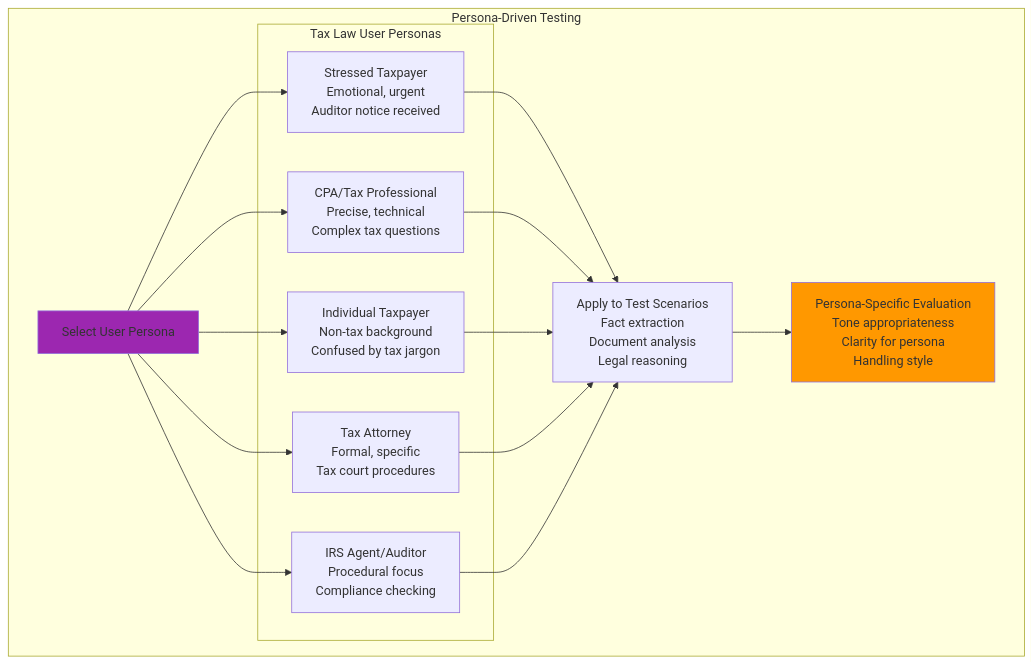
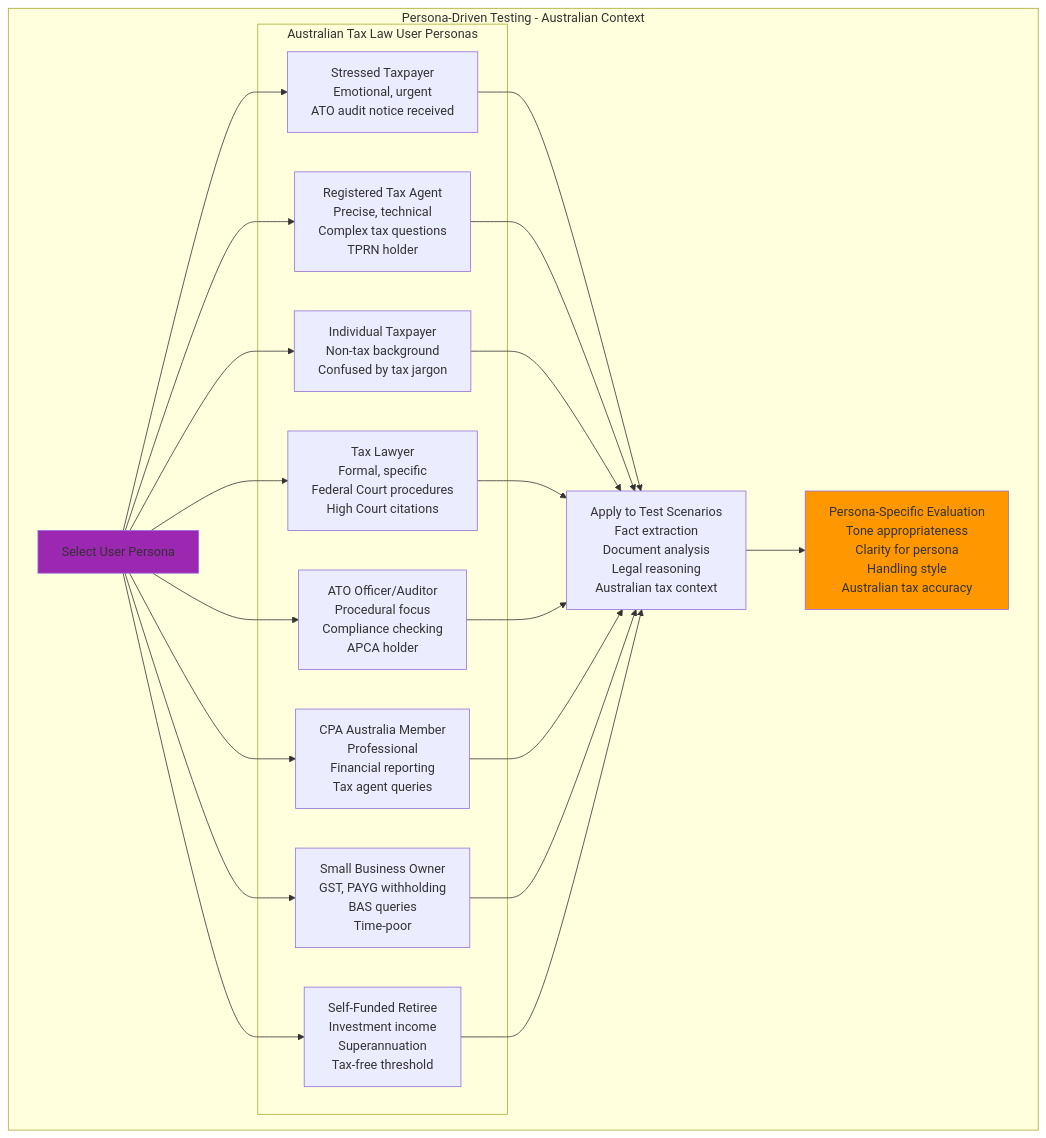
One commit to anguyenbus/case_chat changed the eighth of 9 diagrams in case_assistant/system_design/05-evaluation-strategy.md. Above: the diagram before and after it, drawn with Mermaid. The commit also changed other lines of this file, not shown here.

Commit message:
[design] fix evaluation

````diff
--- a/case_assistant/system_design/05-evaluation-strategy.md
+++ b/case_assistant/system_design/05-evaluation-strategy.md
@@ -375,35 +614,44 @@
 ```mermaid
 graph TB
-    subgraph "Persona-Driven Testing"
+    subgraph "Persona-Driven Testing - Australian Context"
         PERSONA[Select User Persona]
 
-        subgraph "Tax Law User Personas"
-            STRESS[Stressed Taxpayer<br>Emotional, urgent<br>Auditor notice received]
-            CPA[CPA/Tax Professional<br>Precise, technical<br>Complex tax questions]
-            INDIV[Individual Taxpayer<br>Non-tax background<br>Confused by tax jargon]
-            ATTORNEY[Tax Attorney<br>Formal, specific<br>Tax court procedures]
-            IRS_AGENT[IRS Agent/Auditor<br>Procedural focus<br>Compliance checking]
+        subgraph "Australian Tax Law User Personas"
+            STRESS[Stressed Taxpayer<br/>Emotional, urgent<br/>ATO audit notice received]
+            TAX_AGENT[Registered Tax Agent<br/>Precise, technical<br/>Complex tax questions<br/>TPRN holder]
+            INDIV[Individual Taxpayer<br/>Non-tax background<br/>Confused by tax jargon]
+            LAWYER[Tax Lawyer<br/>Formal, specific<br/>Federal Court procedures<br/>High Court citations]
+            ATO_OFFICER[ATO Officer/Auditor<br/>Procedural focus<br/>Compliance checking<br/>APCA holder]
+            CPA[CPA Australia Member<br/>Professional<br/>Financial reporting<br/>Tax agent queries]
+            BUSINESS[Small Business Owner<br/>GST, PAYG withholding<br/>BAS queries<br/>Time-poor]
+            PENSION[Self-Funded Retiree<br/>Investment income<br/>Superannuation<br/>Tax-free threshold]
         end
 
-        SCENARIO[Apply to Test Scenarios<br>Fact extraction<br>Document analysis<br>Legal reasoning]
+        SCENARIO[Apply to Test Scenarios<br/>Fact extraction<br/>Document analysis<br/>Legal reasoning<br/>Australian tax context]
 
-        EVAL[Persona-Specific Evaluation<br>Tone appropriateness<br>Clarity for persona<br>Handling style]
+        EVAL[Persona-Specific Evaluation<br/>Tone appropriateness<br/>Clarity for persona<br/>Handling style<br/>Australian tax accuracy]
     end
 
     PERSONA --> STRESS
+    PERSONA --> TAX_AGENT
+    PERSONA --> INDIV
+    PERSONA --> LAWYER
+    PERSONA --> ATO_OFFICER
     PERSONA --> CPA
-    PERSONA --> INDIV
-    PERSONA --> ATTORNEY
-    PERSONA --> IRS_AGENT
+    PERSONA --> BUSINESS
+    PERSONA --> PENSION
 
     STRESS --> SCENARIO
+    TAX_AGENT --> SCENARIO
+    INDIV --> SCENARIO
+    LAWYER --> SCENARIO
+    ATO_OFFICER --> SCENARIO
     CPA --> SCENARIO
-    INDIV --> SCENARIO
-    ATTORNEY --> SCENARIO
-    IRS_AGENT --> SCENARIO
+    BUSINESS --> SCENARIO
+    PENSION --> SCENARIO
 
     SCENARIO --> EVAL
 
     style PERSONA fill:#9C27B0
     style EVAL fill:#FF9800
 ```
````
